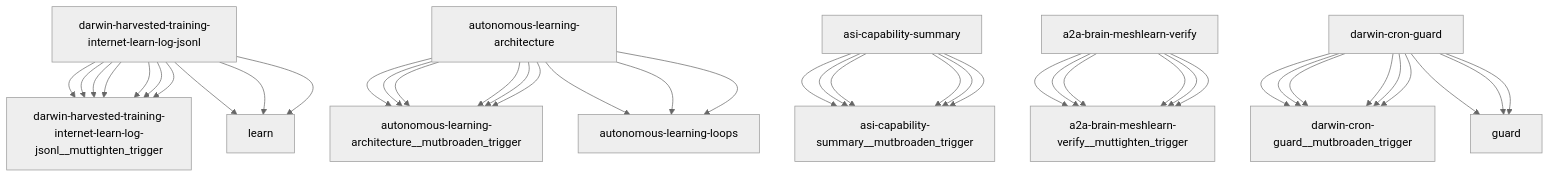
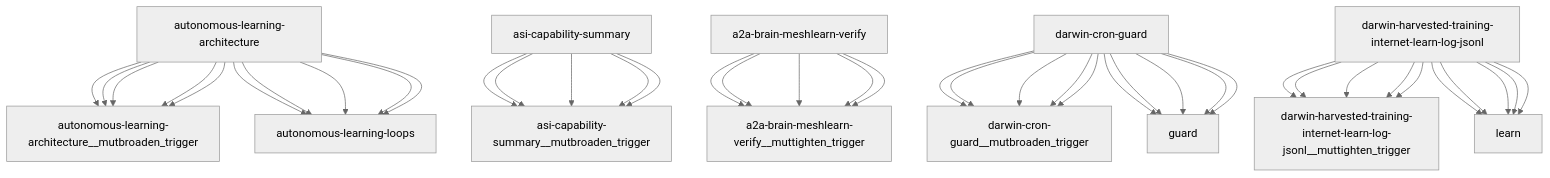
The diagram in reports/darwin-report.md (openamer-max/max-scripts), drawn with Mermaid (neutral theme) before and after one commit. The commit also changed other lines of this file and 17 other files, not shown here.

````diff
--- a/reports/darwin-report.md
+++ b/reports/darwin-report.md
@@ -74,43 +74,43 @@
 ```mermaid
 graph TD
-    darwin-harvested-training-internet-learn-log-jsonl["darwin-harvested-training-internet-learn-log-jsonl"] --> darwin-harvested-training-internet-learn-log-jsonl__muttighten_trigger["darwin-harvested-training-internet-learn-log-jsonl__muttighten_trigger"]
-    autonomous-learning-architecture["autonomous-learning-architecture"] --> autonomous-learning-architecture__mutbroaden_trigger["autonomous-learning-architecture__mutbroaden_trigger"]
-    asi-capability-summary["asi-capability-summary"] --> asi-capability-summary__mutbroaden_trigger["asi-capability-summary__mutbroaden_trigger"]
-    a2a-brain-meshlearn-verify["a2a-brain-meshlearn-verify"] --> a2a-brain-meshlearn-verify__muttighten_trigger["a2a-brain-meshlearn-verify__muttighten_trigger"]
-    darwin-cron-guard["darwin-cron-guard"] --> darwin-cron-guard__mutbroaden_trigger["darwin-cron-guard__mutbroaden_trigger"]
-    darwin-harvested-training-internet-learn-log-jsonl["darwin-harvested-training-internet-learn-log-jsonl"] --> darwin-harvested-training-internet-learn-log-jsonl__muttighten_trigger["darwin-harvested-training-internet-learn-log-jsonl__muttighten_trigger"]
-    autonomous-learning-architecture["autonomous-learning-architecture"] --> autonomous-learning-architecture__mutbroaden_trigger["autonomous-learning-architecture__mutbroaden_trigger"]
-    asi-capability-summary["asi-capability-summary"] --> asi-capability-summary__mutbroaden_trigger["asi-capability-summary__mutbroaden_trigger"]
-    a2a-brain-meshlearn-verify["a2a-brain-meshlearn-verify"] --> a2a-brain-meshlearn-verify__muttighten_trigger["a2a-brain-meshlearn-verify__muttighten_trigger"]
-    darwin-cron-guard["darwin-cron-guard"] --> darwin-cron-guard__mutbroaden_trigger["darwin-cron-guard__mutbroaden_trigger"]
-    darwin-harvested-training-internet-learn-log-jsonl["darwin-harvested-training-internet-learn-log-jsonl"] --> darwin-harvested-training-internet-learn-log-jsonl__muttighten_trigger["darwin-harvested-training-internet-learn-log-jsonl__muttighten_trigger"]
     autonomous-learning-architecture["autonomous-learning-architecture"] --> autonomous-learning-architecture__mutbroaden_trigger["autonomous-learning-architecture__mutbroaden_trigger"]
     asi-capability-summary["asi-capability-summary"] --> asi-capability-summary__mutbroaden_trigger["asi-capability-summary__mutbroaden_trigger"]
     a2a-brain-meshlearn-verify["a2a-brain-meshlearn-verify"] --> a2a-brain-meshlearn-verify__muttighten_trigger["a2a-brain-meshlearn-verify__muttighten_trigger"]
     darwin-cron-guard["darwin-cron-guard"] --> darwin-cron-guard__mutbroaden_trigger["darwin-cron-guard__mutbroaden_trigger"]
     darwin-harvested-training-internet-learn-log-jsonl["darwin-harvested-training-internet-learn-log-jsonl"] --> darwin-harvested-training-internet-learn-log-jsonl__muttighten_trigger["darwin-harvested-training-internet-learn-log-jsonl__muttighten_trigger"]
     autonomous-learning-architecture["autonomous-learning-architecture"] --> autonomous-learning-loops["autonomous-learning-loops"]
     darwin-cron-guard["darwin-cron-guard"] --> guard["guard"]
     darwin-harvested-training-internet-learn-log-jsonl["darwin-harvested-training-internet-learn-log-jsonl"] --> learn["learn"]
     autonomous-learning-architecture["autonomous-learning-architecture"] --> autonomous-learning-architecture__mutbroaden_trigger["autonomous-learning-architecture__mutbroaden_trigger"]
     asi-capability-summary["asi-capability-summary"] --> asi-capability-summary__mutbroaden_trigger["asi-capability-summary__mutbroaden_trigger"]
     a2a-brain-meshlearn-verify["a2a-brain-meshlearn-verify"] --> a2a-brain-meshlearn-verify__muttighten_trigger["a2a-brain-meshlearn-verify__muttighten_trigger"]
     darwin-cron-guard["darwin-cron-guard"] --> darwin-cron-guard__mutbroaden_trigger["darwin-cron-guard__mutbroaden_trigger"]
     darwin-harvested-training-internet-learn-log-jsonl["darwin-harvested-training-internet-learn-log-jsonl"] --> darwin-harvested-training-internet-learn-log-jsonl__muttighten_trigger["darwin-harvested-training-internet-learn-log-jsonl__muttighten_trigger"]
+    autonomous-learning-architecture["autonomous-learning-architecture"] --> autonomous-learning-loops["autonomous-learning-loops"]
+    darwin-cron-guard["darwin-cron-guard"] --> guard["guard"]
+    darwin-harvested-training-internet-learn-log-jsonl["darwin-harvested-training-internet-learn-log-jsonl"] --> learn["learn"]
+    autonomous-learning-architecture["autonomous-learning-architecture"] --> autonomous-learning-architecture__mutbroaden_trigger["autonomous-learning-architecture__mutbroaden_trigger"]
+    asi-capability-summary["asi-capability-summary"] --> asi-capability-summary__mutbroaden_trigger["asi-capability-summary__mutbroaden_trigger"]
+    a2a-brain-meshlearn-verify["a2a-brain-meshlearn-verify"] --> a2a-brain-meshlearn-verify__muttighten_trigger["a2a-brain-meshlearn-verify__muttighten_trigger"]
+    darwin-cron-guard["darwin-cron-guard"] --> darwin-cron-guard__mutbroaden_trigger["darwin-cron-guard__mutbroaden_trigger"]
+    darwin-harvested-training-internet-learn-log-jsonl["darwin-harvested-training-internet-learn-log-jsonl"] --> darwin-harvested-training-internet-learn-log-jsonl__muttighten_trigger["darwin-harvested-training-internet-learn-log-jsonl__muttighten_trigger"]
+    autonomous-learning-architecture["autonomous-learning-architecture"] --> autonomous-learning-loops["autonomous-learning-loops"]
+    darwin-cron-guard["darwin-cron-guard"] --> guard["guard"]
+    darwin-harvested-training-internet-learn-log-jsonl["darwin-harvested-training-internet-learn-log-jsonl"] --> learn["learn"]
     autonomous-learning-architecture["autonomous-learning-architecture"] --> autonomous-learning-architecture__mutbroaden_trigger["autonomous-learning-architecture__mutbroaden_trigger"]
     asi-capability-summary["asi-capability-summary"] --> asi-capability-summary__mutbroaden_trigger["asi-capability-summary__mutbroaden_trigger"]
     a2a-brain-meshlearn-verify["a2a-brain-meshlearn-verify"] --> a2a-brain-meshlearn-verify__muttighten_trigger["a2a-brain-meshlearn-verify__muttighten_trigger"]
     darwin-cron-guard["darwin-cron-guard"] --> darwin-cron-guard__mutbroaden_trigger["darwin-cron-guard__mutbroaden_trigger"]
     darwin-harvested-training-internet-learn-log-jsonl["darwin-harvested-training-internet-learn-log-jsonl"] --> darwin-harvested-training-internet-learn-log-jsonl__muttighten_trigger["darwin-harvested-training-internet-learn-log-jsonl__muttighten_trigger"]
     autonomous-learning-architecture["autonomous-learning-architecture"] --> autonomous-learning-loops["autonomous-learning-loops"]
     darwin-cron-guard["darwin-cron-guard"] --> guard["guard"]
     darwin-harvested-training-internet-learn-log-jsonl["darwin-harvested-training-internet-learn-log-jsonl"] --> learn["learn"]
     autonomous-learning-architecture["autonomous-learning-architecture"] --> autonomous-learning-architecture__mutbroaden_trigger["autonomous-learning-architecture__mutbroaden_trigger"]
     asi-capability-summary["asi-capability-summary"] --> asi-capability-summary__mutbroaden_trigger["asi-capability-summary__mutbroaden_trigger"]
     a2a-brain-meshlearn-verify["a2a-brain-meshlearn-verify"] --> a2a-brain-meshlearn-verify__muttighten_trigger["a2a-brain-meshlearn-verify__muttighten_trigger"]
     darwin-cron-guard["darwin-cron-guard"] --> darwin-cron-guard__mutbroaden_trigger["darwin-cron-guard__mutbroaden_trigger"]
     darwin-harvested-training-internet-learn-log-jsonl["darwin-harvested-training-internet-learn-log-jsonl"] --> darwin-harvested-training-internet-learn-log-jsonl__muttighten_trigger["darwin-harvested-training-internet-learn-log-jsonl__muttighten_trigger"]
     autonomous-learning-architecture["autonomous-learning-architecture"] --> autonomous-learning-loops["autonomous-learning-loops"]
     darwin-cron-guard["darwin-cron-guard"] --> guard["guard"]
     darwin-harvested-training-internet-learn-log-jsonl["darwin-harvested-training-internet-learn-log-jsonl"] --> learn["learn"]
 ```
````
